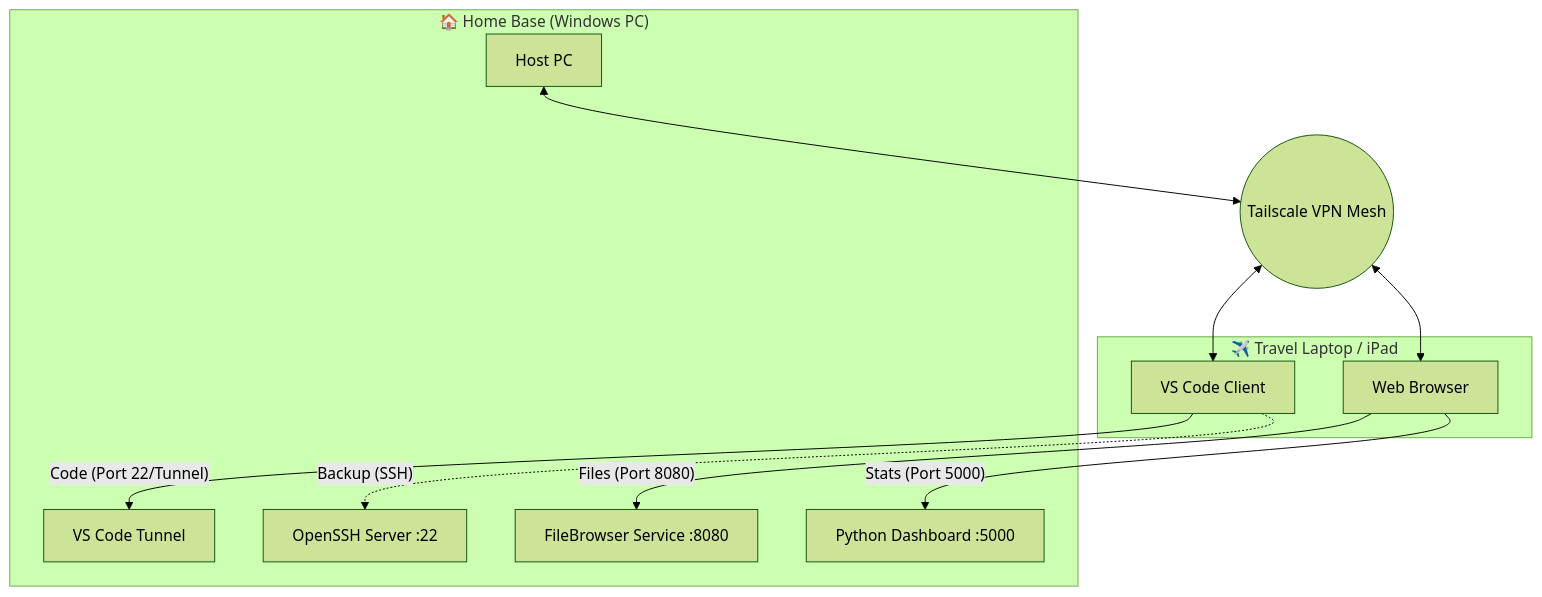
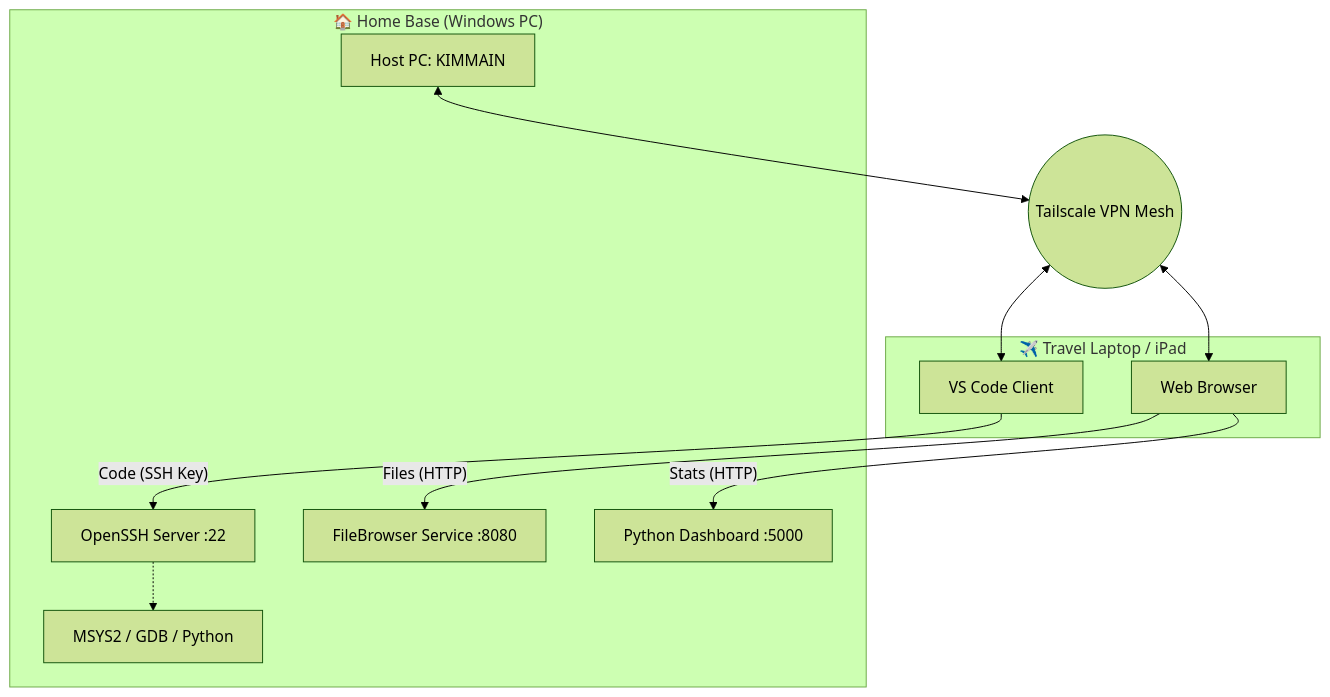
One commit to kimzam30/Remote-Dev-Setup changed the diagram in README.md. Above: the diagram before and after it, drawn with Mermaid (forest theme). The commit also changed other lines of this file, not shown here.

Commit message:
included SSH

````diff
--- a/README.md
+++ b/README.md
@@ -47,26 +60,26 @@
 ```mermaid
 graph TD
     subgraph Home_Network ["🏠 Home Base (Windows PC)"]
-        PC[Host PC]
+        PC[Host PC: KIMMAIN]
         FileBrowser[FileBrowser Service :8080]
         SSH[OpenSSH Server :22]
         Dashboard[Python Dashboard :5000]
-        Tunnel[VS Code Tunnel]
+        DevTools[MSYS2 / GDB / Python]
     end
 
     subgraph Travel_Setup ["✈️ Travel Laptop / iPad"]
         Client[VS Code Client]
         Browser[Web Browser]
     end
 
     Tailscale((Tailscale VPN Mesh))
 
     PC <--> Tailscale
     Tailscale <--> Client
     Tailscale <--> Browser
 
-    Client -- "Code (Port 22/Tunnel)" --> Tunnel
-    Browser -- "Files (Port 8080)" --> FileBrowser
-    Browser -- "Stats (Port 5000)" --> Dashboard
-    Client -. "Backup (SSH)" .-> SSH
+    Client -- "Code (SSH Key)" --> SSH
+    Browser -- "Files (HTTP)" --> FileBrowser
+    Browser -- "Stats (HTTP)" --> Dashboard
+    SSH -.-> DevTools
 ```
````
